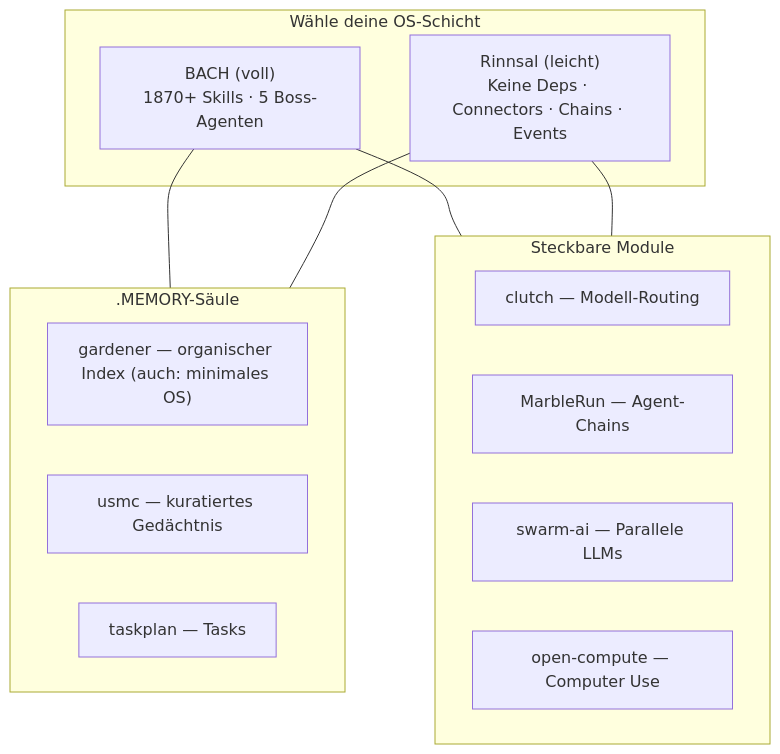
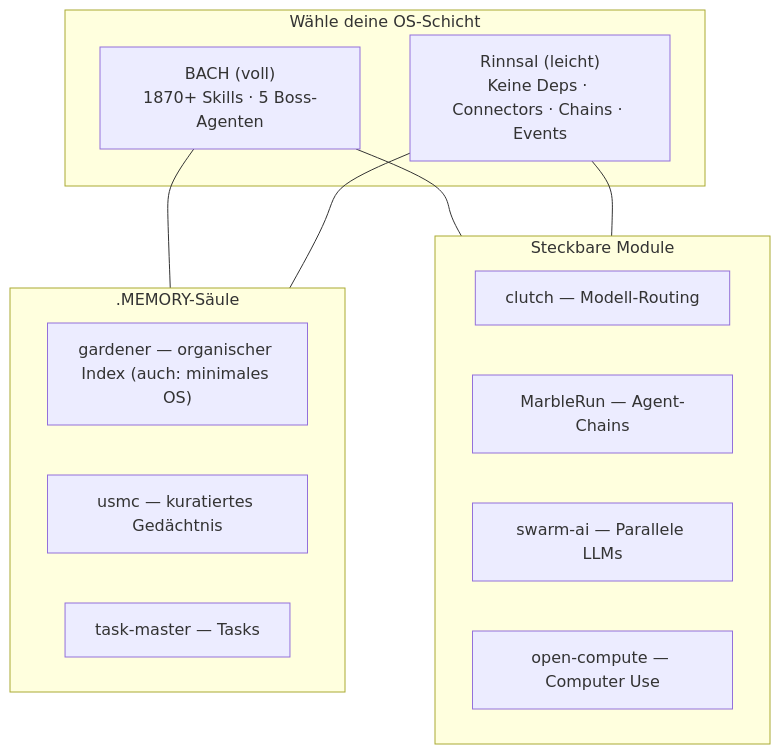
The diagram in profile/README_de.md (ellmos-ai/.github), drawn with Mermaid before and after one commit. The commit also changed other lines of this file and 4 other files, not shown here.

Commit message:
docs(profile): update repository index to sync taskplan rename to task-master [G 2026-07-30]

````diff
--- a/profile/README_de.md
+++ b/profile/README_de.md
@@ -149,22 +149,22 @@
 ```mermaid
 flowchart TD
   subgraph OS["Wähle deine OS-Schicht"]
     BACH["BACH (voll)<br/>1870+ Skills · 5 Boss-Agenten"]
     RIN["Rinnsal (leicht)<br/>Keine Deps · Connectors · Chains · Events"]
   end
   subgraph MEM[".MEMORY-Säule"]
     GAR["gardener — organischer Index (auch: minimales OS)"]
     USMC["usmc — kuratiertes Gedächtnis"]
-    TASK["taskplan — Tasks"]
+    TASK["task-master — Tasks"]
   end
   subgraph MOD["Steckbare Module"]
     CLUTCH["clutch — Modell-Routing"]
     MARBLE["MarbleRun — Agent-Chains"]
     SWARM["swarm-ai — Parallele LLMs"]
     OCOMP["open-compute — Computer Use"]
   end
   BACH --- MEM
   RIN --- MEM
   BACH --- MOD
   RIN --- MOD
 ```
````
